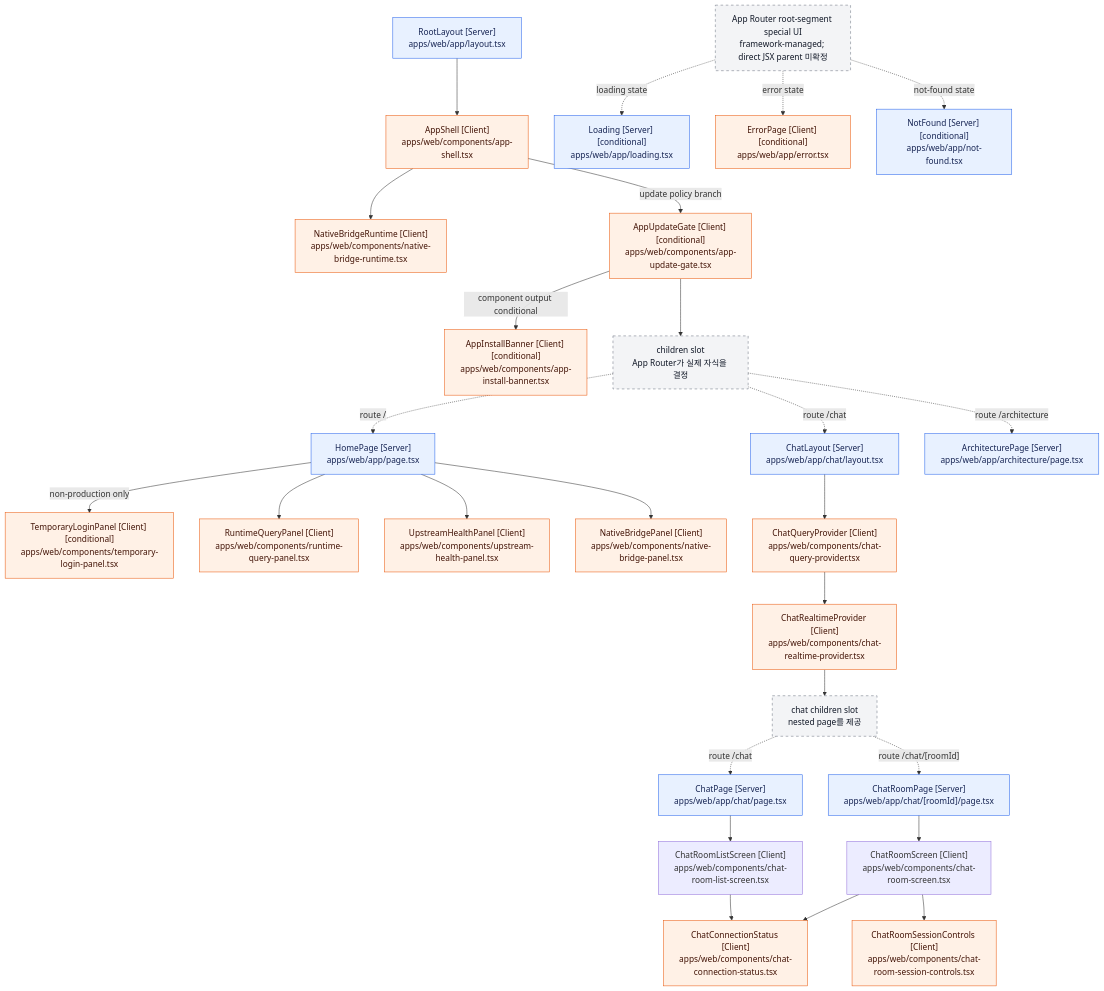
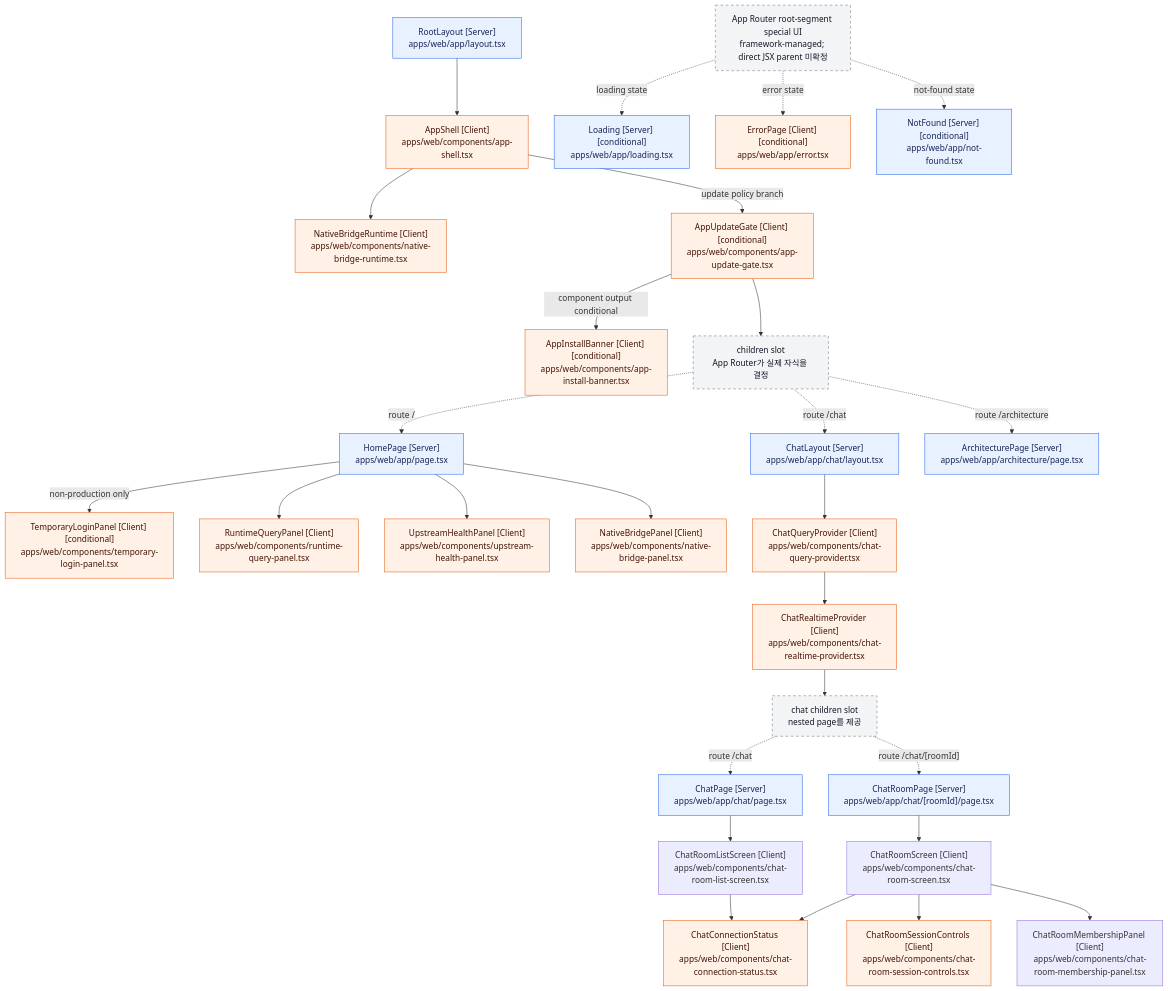
Before and after one commit to mokpombc17-coder/CIVIC-AI: the diagram in docs/architecture/react-component-tree.md, drawn with Mermaid. The commit also changed other lines of this file and 5 other files, not shown here.

Commit message:
feat(web): connect room membership management

````diff
--- a/docs/architecture/react-component-tree.md
+++ b/docs/architecture/react-component-tree.md
@@ -111,71 +112,73 @@
 ```mermaid
 flowchart TD
     RootLayout["RootLayout [Server]<br/>apps/web/app/layout.tsx"]
     AppShell["AppShell [Client]<br/>apps/web/components/app-shell.tsx"]
     NativeBridgeRuntime["NativeBridgeRuntime [Client]<br/>apps/web/components/native-bridge-runtime.tsx"]
     AppUpdateGate["AppUpdateGate [Client] [conditional]<br/>apps/web/components/app-update-gate.tsx"]
     AppInstallBanner["AppInstallBanner [Client] [conditional]<br/>apps/web/components/app-install-banner.tsx"]
     ChildrenSlot["children slot<br/>App Router가 실제 자식을 결정"]
 
     HomePage["HomePage [Server]<br/>apps/web/app/page.tsx"]
     TemporaryLoginPanel["TemporaryLoginPanel [Client] [conditional]<br/>apps/web/components/temporary-login-panel.tsx"]
     RuntimeQueryPanel["RuntimeQueryPanel [Client]<br/>apps/web/components/runtime-query-panel.tsx"]
     UpstreamHealthPanel["UpstreamHealthPanel [Client]<br/>apps/web/components/upstream-health-panel.tsx"]
     NativeBridgePanel["NativeBridgePanel [Client]<br/>apps/web/components/native-bridge-panel.tsx"]
 
     ChatLayout["ChatLayout [Server]<br/>apps/web/app/chat/layout.tsx"]
     ChatQueryProvider["ChatQueryProvider [Client]<br/>apps/web/components/chat-query-provider.tsx"]
     ChatRealtimeProvider["ChatRealtimeProvider [Client]<br/>apps/web/components/chat-realtime-provider.tsx"]
     ChatChildrenSlot["chat children slot<br/>nested page를 제공"]
     ChatPage["ChatPage [Server]<br/>apps/web/app/chat/page.tsx"]
     ChatRoomListScreen["ChatRoomListScreen [Client]<br/>apps/web/components/chat-room-list-screen.tsx"]
     ChatRoomPage["ChatRoomPage [Server]<br/>apps/web/app/chat/[roomId]/page.tsx"]
     ChatRoomScreen["ChatRoomScreen [Client]<br/>apps/web/components/chat-room-screen.tsx"]
+    ChatRoomMembershipPanel["ChatRoomMembershipPanel [Client]<br/>apps/web/components/chat-room-membership-panel.tsx"]
     ChatConnectionStatus["ChatConnectionStatus [Client]<br/>apps/web/components/chat-connection-status.tsx"]
     ChatRoomSessionControls["ChatRoomSessionControls [Client]<br/>apps/web/components/chat-room-session-controls.tsx"]
 
     ArchitecturePage["ArchitecturePage [Server]<br/>apps/web/app/architecture/page.tsx"]
 
     SpecialBoundary["App Router root-segment special UI<br/>framework-managed; direct JSX parent 미확정"]
     Loading["Loading [Server] [conditional]<br/>apps/web/app/loading.tsx"]
     ErrorPage["ErrorPage [Client] [conditional]<br/>apps/web/app/error.tsx"]
     NotFound["NotFound [Server] [conditional]<br/>apps/web/app/not-found.tsx"]
 
     RootLayout --> AppShell
     AppShell --> NativeBridgeRuntime
     AppShell -->|"update policy branch"| AppUpdateGate
     AppUpdateGate -->|"component output conditional"| AppInstallBanner
     AppUpdateGate --> ChildrenSlot
 
     ChildrenSlot -. "route /" .-> HomePage
     HomePage -->|"non-production only"| TemporaryLoginPanel
     HomePage --> RuntimeQueryPanel
     HomePage --> UpstreamHealthPanel
     HomePage --> NativeBridgePanel
 
     ChildrenSlot -. "route /chat" .-> ChatLayout
     ChatLayout --> ChatQueryProvider
     ChatQueryProvider --> ChatRealtimeProvider
     ChatRealtimeProvider --> ChatChildrenSlot
     ChatChildrenSlot -. "route /chat" .-> ChatPage
     ChatChildrenSlot -. "route /chat/[roomId]" .-> ChatRoomPage
     ChatPage --> ChatRoomListScreen
     ChatRoomListScreen --> ChatConnectionStatus
     ChatRoomPage --> ChatRoomScreen
     ChatRoomScreen --> ChatConnectionStatus
     ChatRoomScreen --> ChatRoomSessionControls
+    ChatRoomScreen --> ChatRoomMembershipPanel
 
     ChildrenSlot -. "route /architecture" .-> ArchitecturePage
 
     SpecialBoundary -. "loading state" .-> Loading
     SpecialBoundary -. "error state" .-> ErrorPage
     SpecialBoundary -. "not-found state" .-> NotFound
 
     classDef server fill:#e8f1ff,stroke:#2563eb,color:#172554;
     classDef client fill:#fff1e6,stroke:#ea580c,color:#431407;
     classDef framework fill:#f3f4f6,stroke:#6b7280,color:#111827,stroke-dasharray:5 5;
 
     class RootLayout,HomePage,ChatLayout,ChatPage,ChatRoomPage,ArchitecturePage,Loading,NotFound server;
     class AppShell,NativeBridgeRuntime,AppUpdateGate,AppInstallBanner,TemporaryLoginPanel,RuntimeQueryPanel,UpstreamHealthPanel,NativeBridgePanel,ChatQueryProvider,ChatRealtimeProvider,ChatConnectionStatus,ChatRoomSessionControls,ErrorPage client;
     class ChildrenSlot,ChatChildrenSlot,SpecialBoundary framework;
 ```
````
